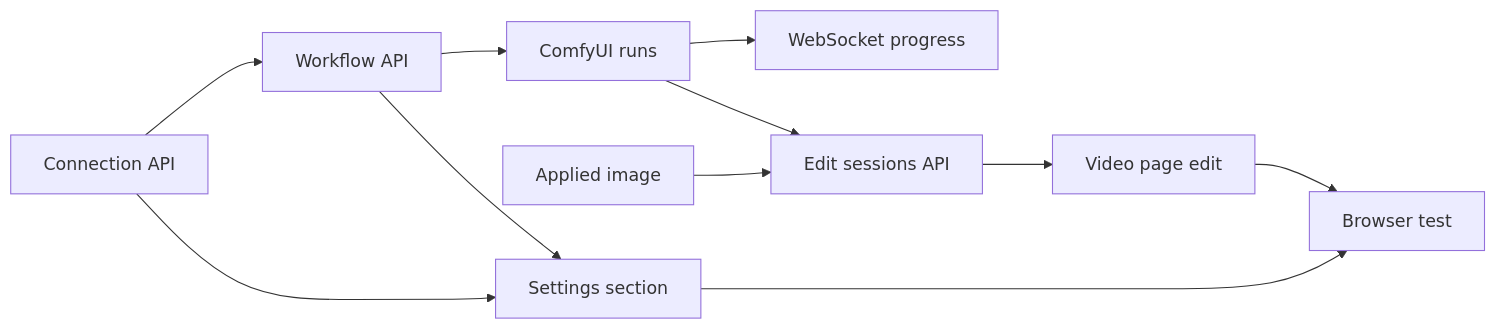
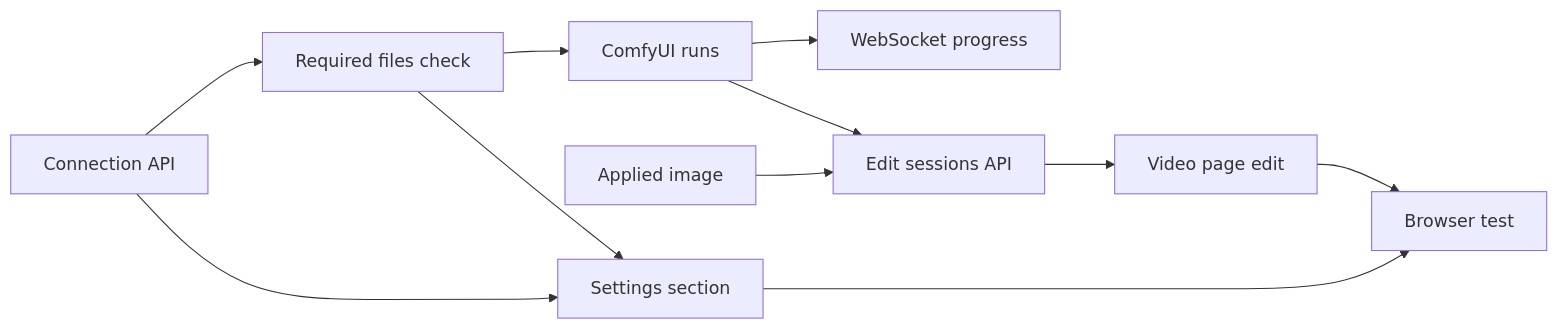
The second of 2 diagrams in specs/045-comfyui-thumbnails/plan.md (syudead/vv), drawn with Mermaid before and after one commit. The commit also changed other lines of this file and 7 other files, not shown here.

````diff
--- a/specs/045-comfyui-thumbnails/plan.md
+++ b/specs/045-comfyui-thumbnails/plan.md
@@ -161,13 +172,13 @@
 ```mermaid
 flowchart LR
-  conn[Connection API] --> wf[Workflow API]
+  conn[Connection API] --> files[Required files check]
   conn --> settings[Settings section]
-  wf --> settings
-  wf --> run[ComfyUI runs]
+  files --> settings
+  files --> run[ComfyUI runs]
   run --> ws[WebSocket progress]
   image[Applied image] --> edits[Edit sessions API]
   run --> edits
   edits --> page[Video page edit]
   settings --> e2e[Browser test]
   page --> e2e
 ```
````
